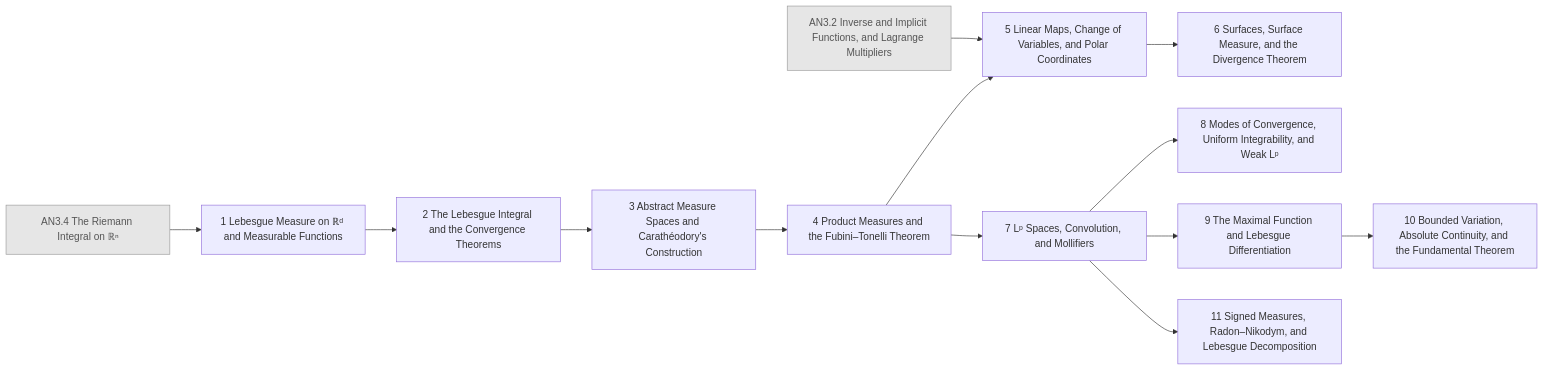
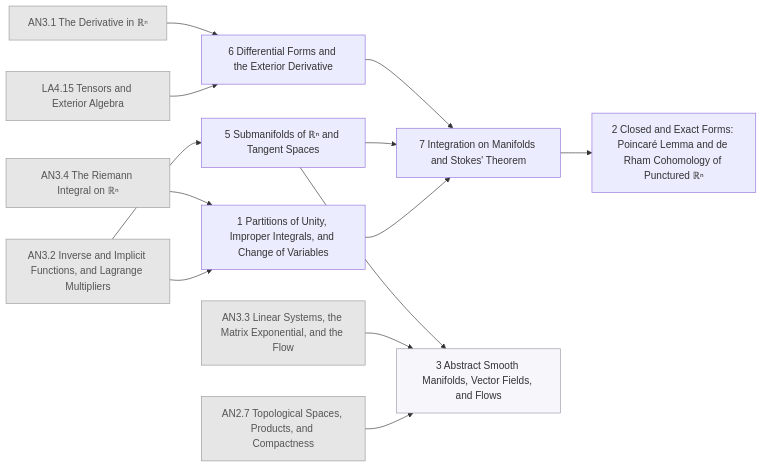
Before and after one commit to AkizumiFox/math-atlas: diagram 19 of 30 in generated/README.md, drawn with Mermaid. The commit also changed other lines of this file and 41 other files, not shown here.

````diff
--- a/generated/README.md
+++ b/generated/README.md
@@ -491,31 +564,30 @@
 ```mermaid
 flowchart LR
+  LA4_15["LA4.15 Tensors and Exterior Algebra"]:::ext
+  AN2_7["AN2.7 Topological Spaces, Products, and Compactness"]:::ext
+  AN3_1["AN3.1 The Derivative in ℝⁿ"]:::ext
   AN3_2["AN3.2 Inverse and Implicit Functions, and Lagrange Multipliers"]:::ext
   AN3_4["AN3.4 The Riemann Integral on ℝⁿ"]:::ext
-  MT_1["1 Lebesgue Measure on ℝᵈ and Measurable Functions"]
-  MT_2["2 The Lebesgue Integral and the Convergence Theorems"]
-  MT_3["3 Abstract Measure Spaces and Carathéodory's Construction"]
-  MT_4["4 Product Measures and the Fubini–Tonelli Theorem"]
-  MT_5["5 Linear Maps, Change of Variables, and Polar Coordinates"]
-  MT_6["6 Surfaces, Surface Measure, and the Divergence Theorem"]
-  MT_7["7 Lᵖ Spaces, Convolution, and Mollifiers"]
-  MT_8["8 Modes of Convergence, Uniform Integrability, and Weak Lᵖ"]
-  MT_9["9 The Maximal Function and Lebesgue Differentiation"]
-  MT_10["10 Bounded Variation, Absolute Continuity, and the Fundamental Theorem"]
-  MT_11["11 Signed Measures, Radon–Nikodym, and Lebesgue Decomposition"]
-  AN3_4 --> MT_1
-  MT_1 --> MT_2
-  MT_2 --> MT_3
-  MT_3 --> MT_4
-  AN3_2 --> MT_5
-  MT_4 --> MT_5
-  MT_5 --> MT_6
-  MT_4 --> MT_7
-  MT_7 --> MT_8
-  MT_7 --> MT_9
-  MT_9 --> MT_10
-  MT_7 --> MT_11
+  AN3_3["AN3.3 Linear Systems, the Matrix Exponential, and the Flow"]:::ext
+  AM_1["1 Partitions of Unity, Improper Integrals, and Change of Variables"]
+  AN3_5["5 Submanifolds of ℝⁿ and Tangent Spaces"]
+  AN3_6["6 Differential Forms and the Exterior Derivative"]
+  AN3_7["7 Integration on Manifolds and Stokes' Theorem"]
+  AM_2["2 Closed and Exact Forms: Poincaré Lemma and de Rham Cohomology of Punctured ℝⁿ"]
+  AM_3["3 Abstract Smooth Manifolds, Vector Fields, and Flows"]:::segb
+  AN3_2 --> AM_1
+  AN3_4 --> AM_1
+  AN3_2 --> AN3_5
+  LA4_15 --> AN3_6
+  AN3_1 --> AN3_6
+  AM_1 --> AN3_7
+  AN3_5 --> AN3_7
+  AN3_6 --> AN3_7
+  AN3_7 --> AM_2
+  AN2_7 --> AM_3
+  AN3_3 --> AM_3
+  AN3_5 --> AM_3
   classDef ext fill:#e6e6e6,stroke:#999,color:#555
   classDef opt fill:#fff,stroke:#999,stroke-dasharray:4 3,color:#555
   classDef segb fill:#f6f6fb,stroke:#99a,color:#333
 ```
````
